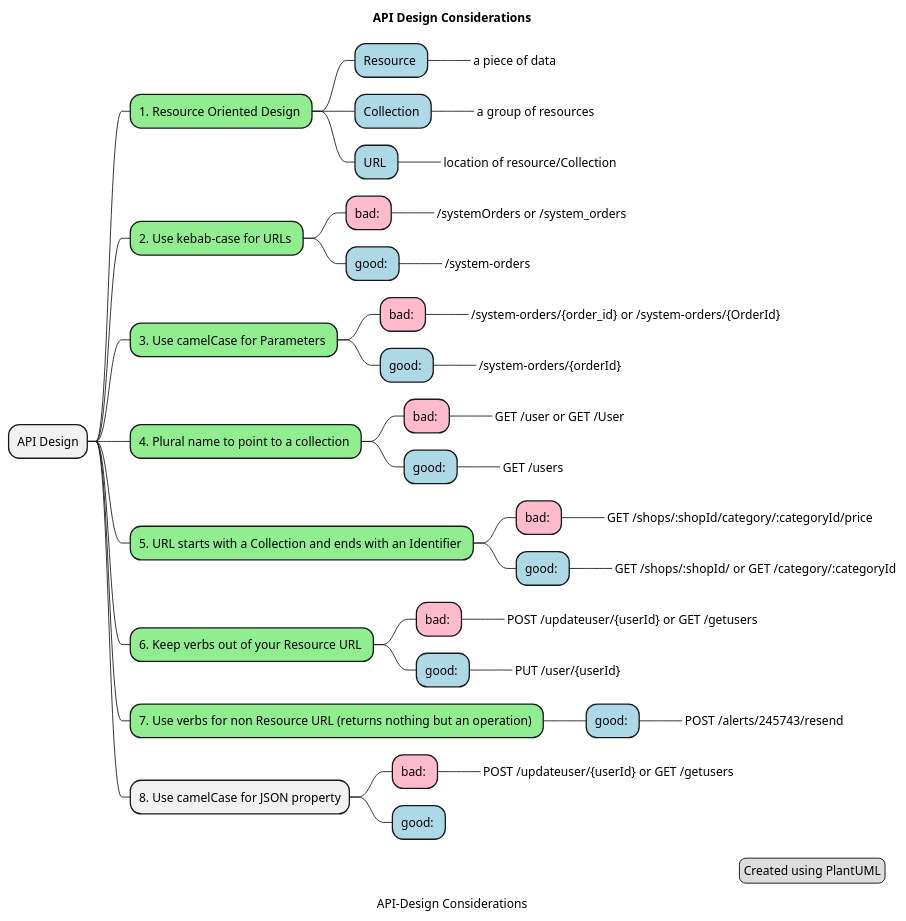
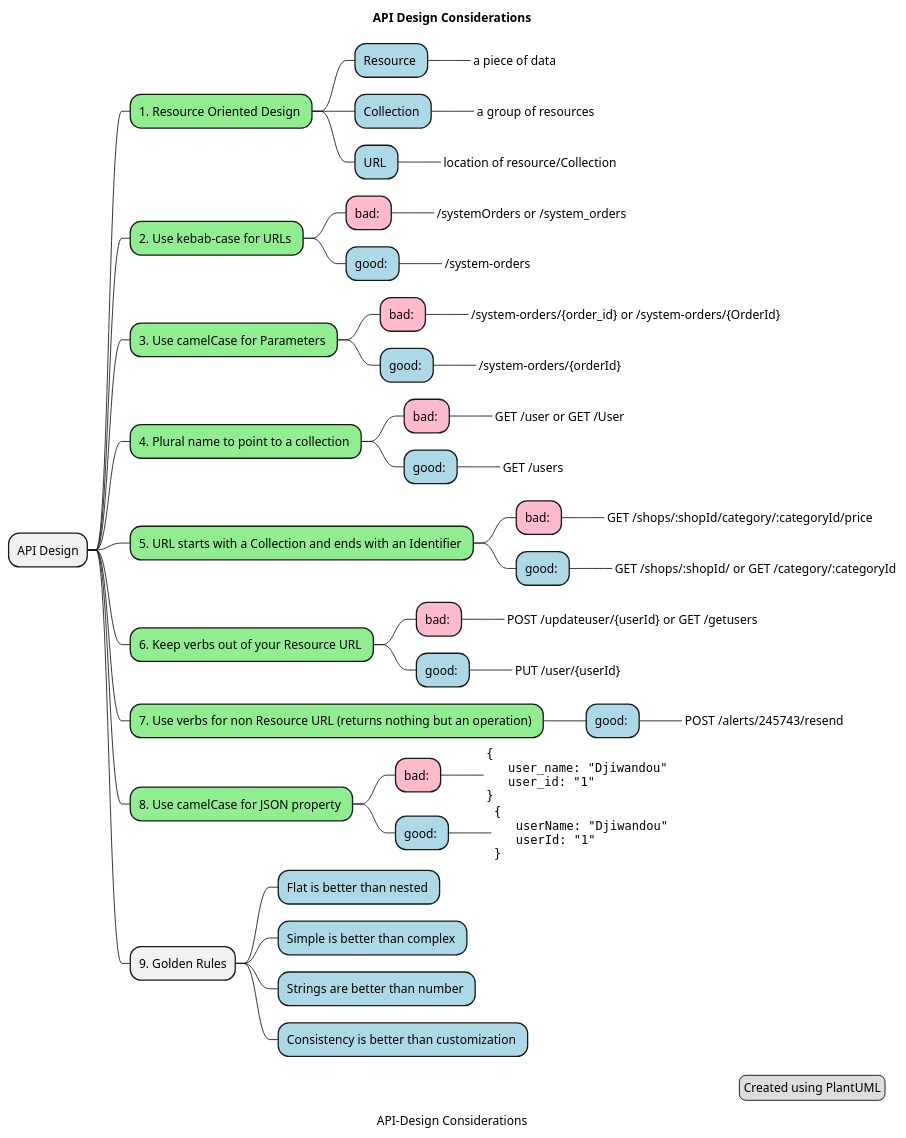
The diagram in figures/api-design.puml (djiwandou/scaleup), drawn with PlantUML before and after one commit.

Commit message:
Graph: Add point #9 on API design

```diff
--- a/figures/api-design.puml
+++ b/figures/api-design.puml
@@ -1,60 +1,76 @@
 @startmindmap
 caption API-Design Considerations
 title API Design Considerations
 <style>
 mindmapDiagram {
   .green {
     BackgroundColor lightgreen
   }
   .rose {
     BackgroundColor #FFBBCC
   }
   .lightblue {
     BackgroundColor lightblue
   }
 }
 </style>
 * API Design
 ** 1. Resource Oriented Design <<green>>
 *** Resource <<lightblue>>
 ****_ a piece of data
 *** Collection <<lightblue>>
 ****_ a group of resources
 *** URL <<lightblue>>
 ****_ location of resource/Collection
 ** 2. Use kebab-case for URLs <<green>>
 *** bad: <<rose>>
 ****_ /systemOrders or /system_orders
 *** good: <<lightblue>>
 ****_ /system-orders
 ** 3. Use camelCase for Parameters <<green>>
 *** bad: <<rose>>
 ****_ /system-orders/{order_id} or /system-orders/{OrderId}
 *** good: <<lightblue>>
 ****_ /system-orders/{orderId}
 ** 4. Plural name to point to a collection <<green>>
 *** bad: <<rose>>
 ****_ GET /user or GET /User
 *** good: <<lightblue>>
 ****_ GET /users
 ** 5. URL starts with a Collection and ends with an Identifier <<green>>
 *** bad: <<rose>>
 ****_ GET /shops/:shopId/category/:categoryId/price
 *** good: <<lightblue>>
 ****_ GET /shops/:shopId/ or GET /category/:categoryId
 ** 6. Keep verbs out of your Resource URL <<green>>
 *** bad: <<rose>>
 ****_ POST /updateuser/{userId} or GET /getusers
 *** good: <<lightblue>>
 ****_ PUT /user/{userId}
 ** 7. Use verbs for non Resource URL (returns nothing but an operation) <<green>>
 *** good: <<lightblue>>
 ****_ POST /alerts/245743/resend
-** 8. Use camelCase for JSON property
+** 8. Use camelCase for JSON property <<green>>
 *** bad: <<rose>>
-****_ POST /updateuser/{userId} or GET /getusers
+****_:<code>
+{
+   user_name: "Djiwandou"
+   user_id: "1"
+}
+</code>;
 *** good: <<lightblue>>
+****_:<code>
+{
+   userName: "Djiwandou"
+   userId: "1"
+}
+</code>;
+** 9. Golden Rules
+*** Flat is better than nested <<lightblue>>
+*** Simple is better than complex <<lightblue>>
+*** Strings are better than number <<lightblue>>
+*** Consistency is better than customization <<lightblue>>
 legend right
   Created using PlantUML
 endlegend
 @endmindmap
```
